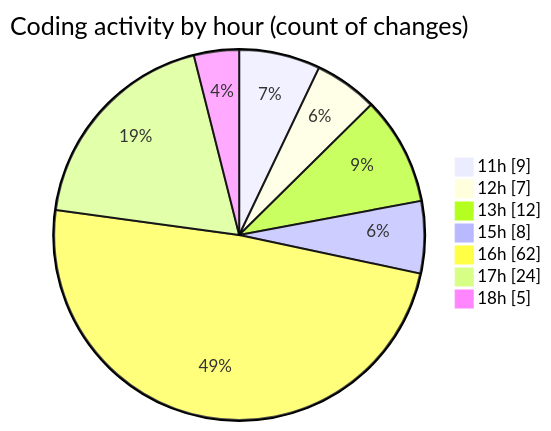
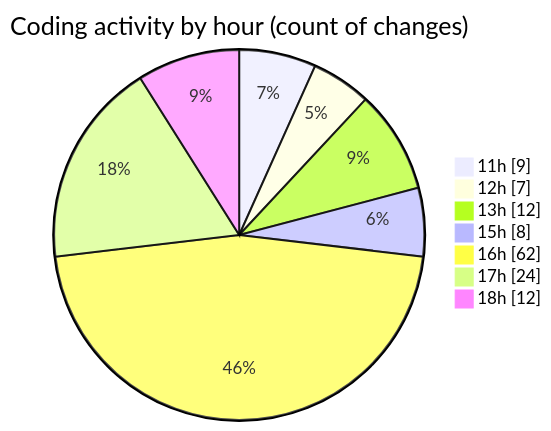
Before and after one commit to EIIisD/code-tracking: the second of 2 diagrams in 2025-08-07/ribbon/README.md, drawn with Mermaid. The commit also changed other lines of this file and 1 other file, not shown here.

````diff
--- a/2025-08-07/ribbon/README.md
+++ b/2025-08-07/ribbon/README.md
@@ -49,11 +49,11 @@
 ```mermaid
 pie showData
 title Coding activity by hour (count of changes)
 "11h" : 9
 "12h" : 7
 "13h" : 12
 "15h" : 8
 "16h" : 62
 "17h" : 24
-"18h" : 5
+"18h" : 12
 ```
````
